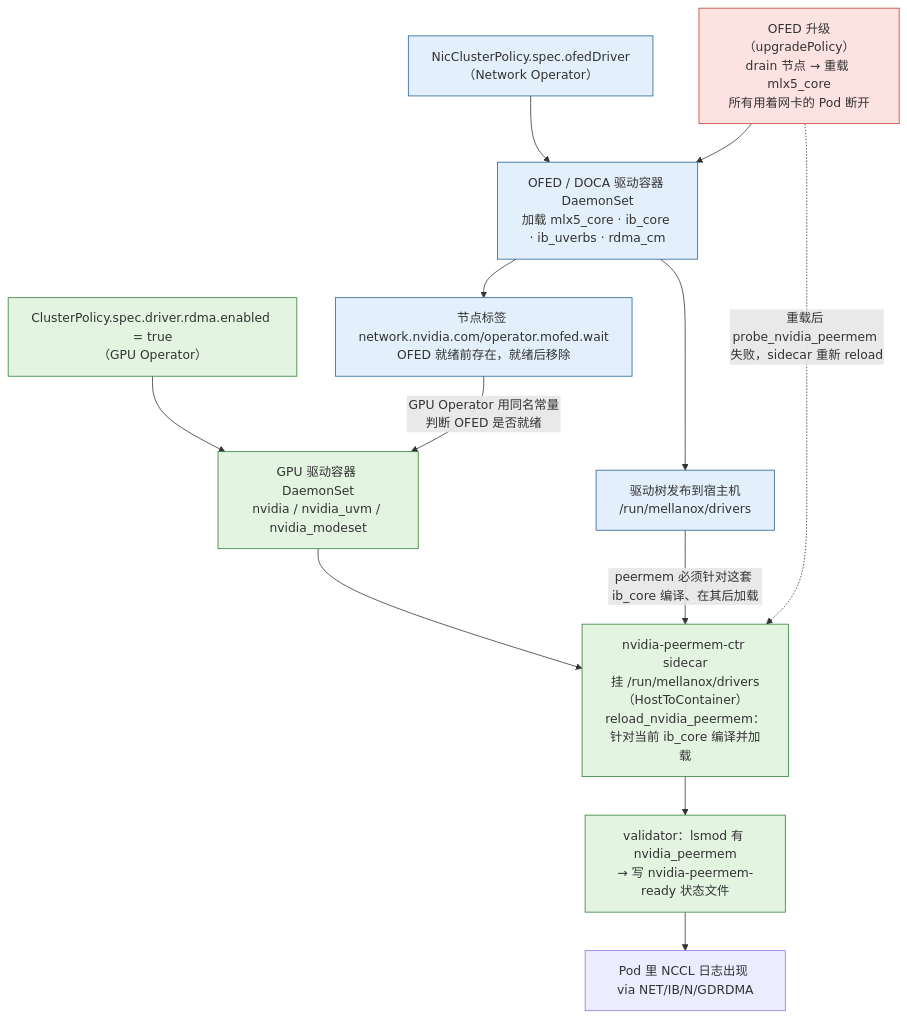
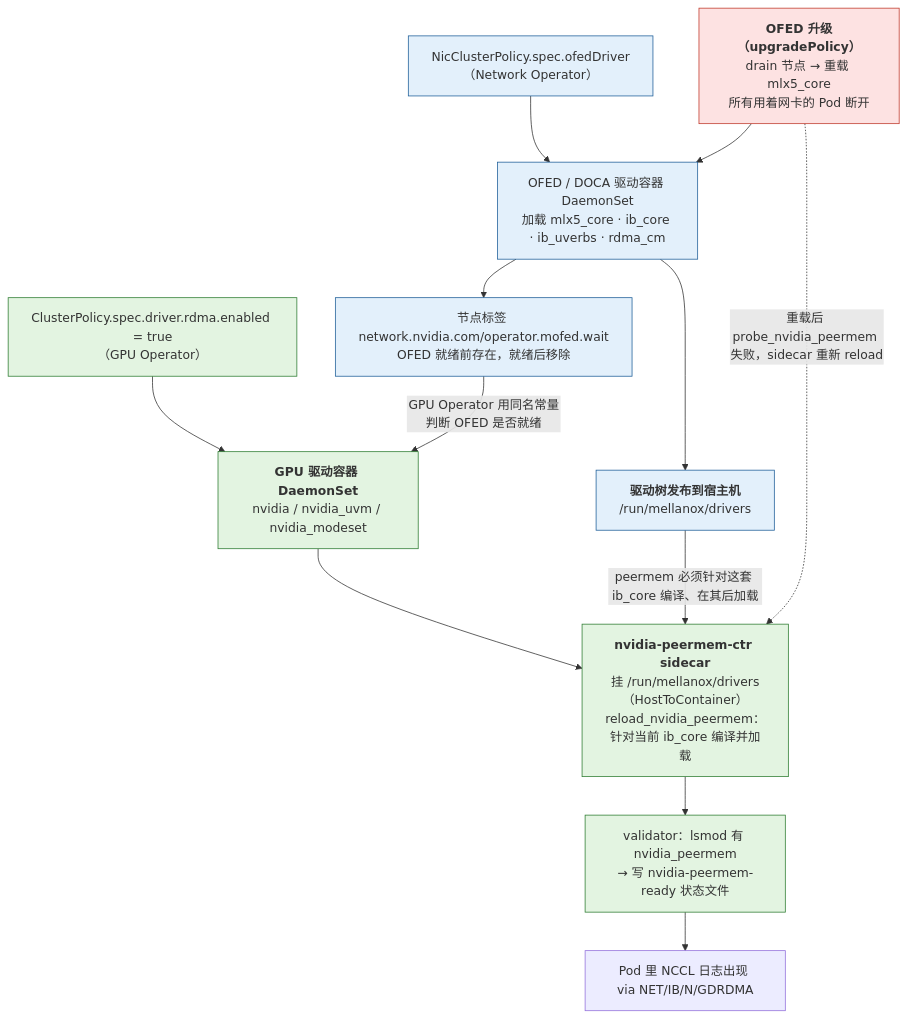
The second of 4 diagrams in _posts/2026-09-19-rdma-networking-storage-and-checkpoint-io.md (arganzheng/arganzheng.github.com), drawn with Mermaid before and after one commit. The commit also changed other lines of this file and 8 other files, not shown here.

First line of the commit message:
AI 平台工程：资源层与交付层：Mermaid 多行方框的首行标为标题（9 篇）

````diff
--- a/_posts/2026-09-19-rdma-networking-storage-and-checkpoint-io.md
+++ b/_posts/2026-09-19-rdma-networking-storage-and-checkpoint-io.md
@@ -405,30 +405,30 @@
 ```mermaid
 %% 图：两个 Operator 的顺序：Network Operator 的 OFED 驱动先就位并移除 wait 标签，GPU Operator 的驱动容器再启动并加载 nvidia_peermem
 flowchart TB
     NCP["NicClusterPolicy.spec.ofedDriver<br/>（Network Operator）"]
     OFED["OFED / DOCA 驱动容器 DaemonSet<br/>加载 mlx5_core · ib_core · ib_uverbs · rdma_cm"]
-    Publish["驱动树发布到宿主机<br/>/run/mellanox/drivers"]
+    Publish["<b>驱动树发布到宿主机</b><br/>/run/mellanox/drivers"]
     WaitLabel["节点标签 network.nvidia.com/operator.mofed.wait<br/>OFED 就绪前存在，就绪后移除"]
     CP["ClusterPolicy.spec.driver.rdma.enabled = true<br/>（GPU Operator）"]
-    GPUDrv["GPU 驱动容器 DaemonSet<br/>nvidia / nvidia_uvm / nvidia_modeset"]
-    Peermem["nvidia-peermem-ctr sidecar<br/>挂 /run/mellanox/drivers（HostToContainer）<br/>reload_nvidia_peermem：针对当前 ib_core 编译并加载"]
+    GPUDrv["<b>GPU 驱动容器 DaemonSet</b><br/>nvidia / nvidia_uvm / nvidia_modeset"]
+    Peermem["<b>nvidia-peermem-ctr sidecar</b><br/>挂 /run/mellanox/drivers（HostToContainer）<br/>reload_nvidia_peermem：针对当前 ib_core 编译并加载"]
     Validator["validator：lsmod 有 nvidia_peermem<br/>→ 写 nvidia-peermem-ready 状态文件"]
     Ready["Pod 里 NCCL 日志出现 via NET/IB/N/GDRDMA"]
-    Upgrade["OFED 升级（upgradePolicy）<br/>drain 节点 → 重载 mlx5_core<br/>所有用着网卡的 Pod 断开"]
+    Upgrade["<b>OFED 升级（upgradePolicy）</b><br/>drain 节点 → 重载 mlx5_core<br/>所有用着网卡的 Pod 断开"]
 
     NCP --> OFED --> Publish
     OFED --> WaitLabel
     CP --> GPUDrv --> Peermem
     WaitLabel -- "GPU Operator 用同名常量判断 OFED 是否就绪" --> GPUDrv
     Publish -- "peermem 必须针对这套 ib_core 编译、在其后加载" --> Peermem
     Peermem --> Validator --> Ready
     Upgrade --> OFED
     Upgrade -. "重载后 probe_nvidia_peermem 失败，sidecar 重新 reload" .-> Peermem
 
     classDef netop fill:#e3f0fb,stroke:#1f5f99;
     classDef gpuop fill:#e3f4e1,stroke:#2e7d32;
     classDef warn fill:#fde2e2,stroke:#c0392b;
     class NCP,OFED,Publish,WaitLabel netop;
     class CP,GPUDrv,Peermem,Validator gpuop;
     class Upgrade warn;
 ```
````
